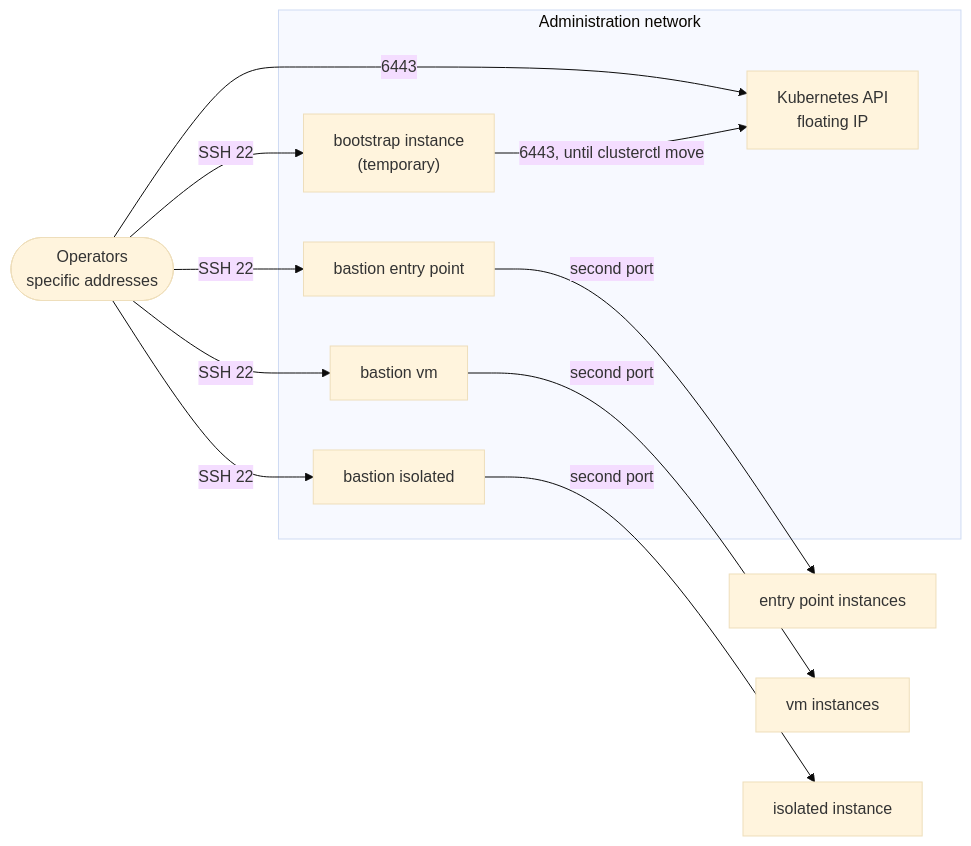
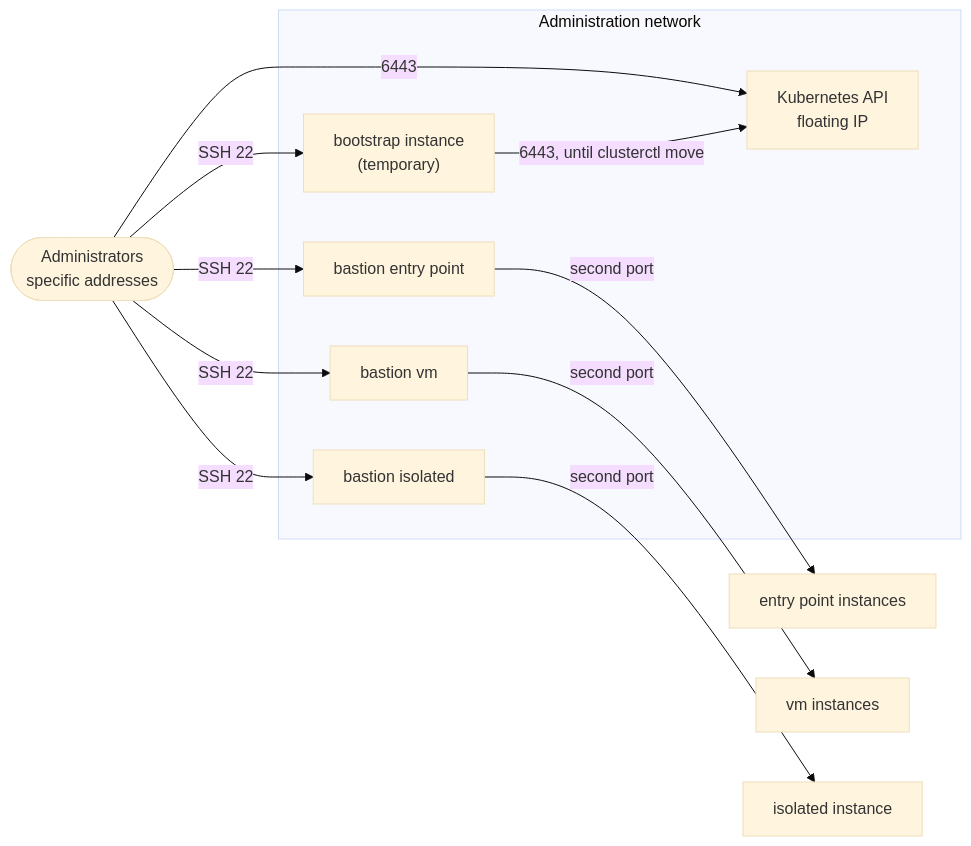
One commit to CyprisTech/openstack-multitenant-reference changed the seventh of 10 diagrams in docs/concepts/architecture.md. Above: the diagram before and after it, drawn with Mermaid (base theme). The commit also changed other lines of this file and 45 other files, not shown here.

````diff
--- a/docs/concepts/architecture.md
+++ b/docs/concepts/architecture.md
@@ -169,17 +206,17 @@
 ```mermaid
 flowchart LR
-    OPS(["Operators<br/>specific addresses"])
+    OPS(["Administrators<br/>specific addresses"])
     subgraph ADM["Administration network"]
         B1["bastion entry point"]
         B2["bastion vm"]
         B3["bastion isolated"]
         API["Kubernetes API<br/>floating IP"]
         BS["bootstrap instance<br/>(temporary)"]
     end
     OPS -->|"SSH 22"| B1 & B2 & B3 & BS
     OPS -->|"6443"| API
     B1 -->|"second port"| E["entry point instances"]
     B2 -->|"second port"| W["vm instances"]
     B3 -->|"second port"| I["isolated instance"]
     BS -->|"6443, until clusterctl move"| API
 ```
````
